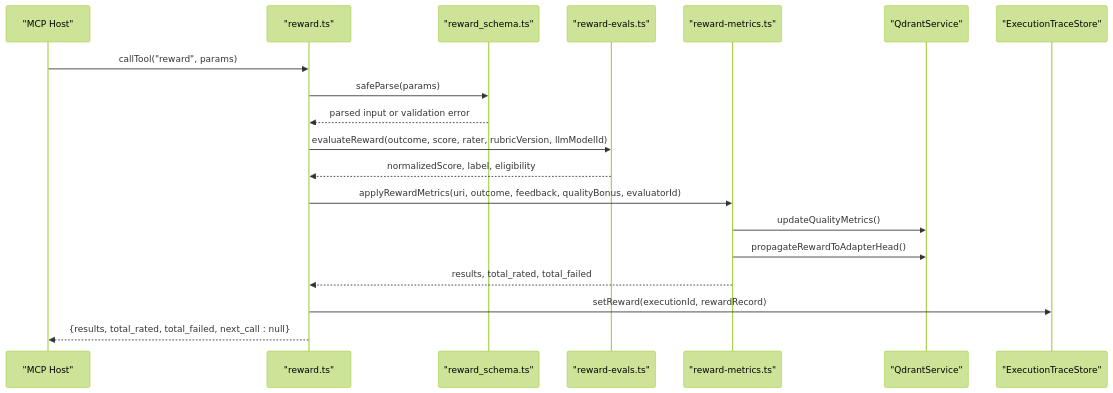
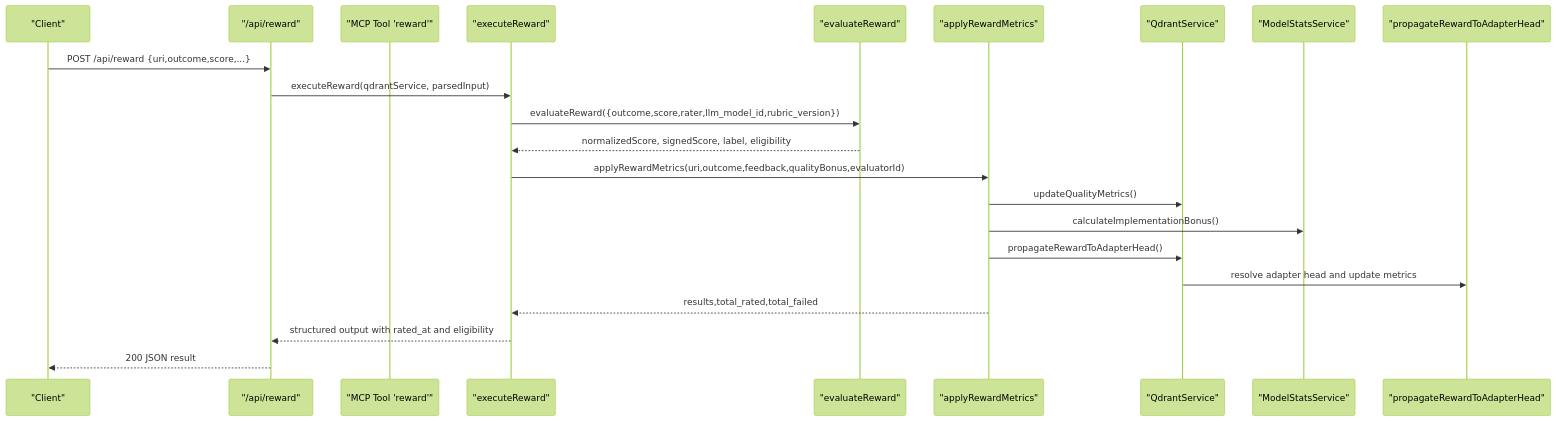
Before and after one commit to SquadRules/mcp: the second of 7 diagrams in .qoder/repowiki/en/content/MCP Tools Reference/Reward Tool.md, drawn with Mermaid (forest theme). The commit also changed other lines of this file and 553 other files, not shown here.

````diff
--- a/.qoder/repowiki/en/content/MCP Tools Reference/Reward Tool.md
+++ b/.qoder/repowiki/en/content/MCP Tools Reference/Reward Tool.md
@@ -76,21 +83,24 @@
 ```mermaid
 sequenceDiagram
-participant Host as "MCP Host"
-participant Tool as "reward.ts"
-participant Schema as "reward_schema.ts"
-participant Eval as "reward-evals.ts"
-participant Metrics as "reward-metrics.ts"
+participant Client as "Client"
+participant HTTP as "/api/reward"
+participant Tool as "MCP Tool 'reward'"
+participant Exec as "executeReward"
+participant Eval as "evaluateReward"
+participant Metrics as "applyRewardMetrics"
 participant Qdrant as "QdrantService"
-participant Trace as "ExecutionTraceStore"
-Host->>Tool : callTool("reward", params)
-Tool->>Schema : safeParse(params)
-Schema-->>Tool : parsed input or validation error
-Tool->>Eval : evaluateReward(outcome, score, rater, rubricVersion, llmModelId)
-Eval-->>Tool : normalizedScore, label, eligibility
-Tool->>Metrics : applyRewardMetrics(uri, outcome, feedback, qualityBonus, evaluatorId)
+participant Stats as "ModelStatsService"
+participant Prop as "propagateRewardToAdapterHead"
+Client->>HTTP : POST /api/reward {uri,outcome,score,...}
+HTTP->>Exec : executeReward(qdrantService, parsedInput)
+Exec->>Eval : evaluateReward({outcome,score,rater,llm_model_id,rubric_version})
+Eval-->>Exec : normalizedScore, signedScore, label, eligibility
+Exec->>Metrics : applyRewardMetrics(uri,outcome,feedback,qualityBonus,evaluatorId)
 Metrics->>Qdrant : updateQualityMetrics()
+Metrics->>Stats : calculateImplementationBonus()
 Metrics->>Qdrant : propagateRewardToAdapterHead()
-Metrics-->>Tool : results, total_rated, total_failed
-Tool->>Trace : setReward(executionId, rewardRecord)
-Tool-->>Host : {results, total_rated, total_failed, next_call : null}
+Qdrant->>Prop : resolve adapter head and update metrics
+Metrics-->>Exec : results,total_rated,total_failed
+Exec-->>HTTP : structured output with rated_at and eligibility
+HTTP-->>Client : 200 JSON result
 ```
````
